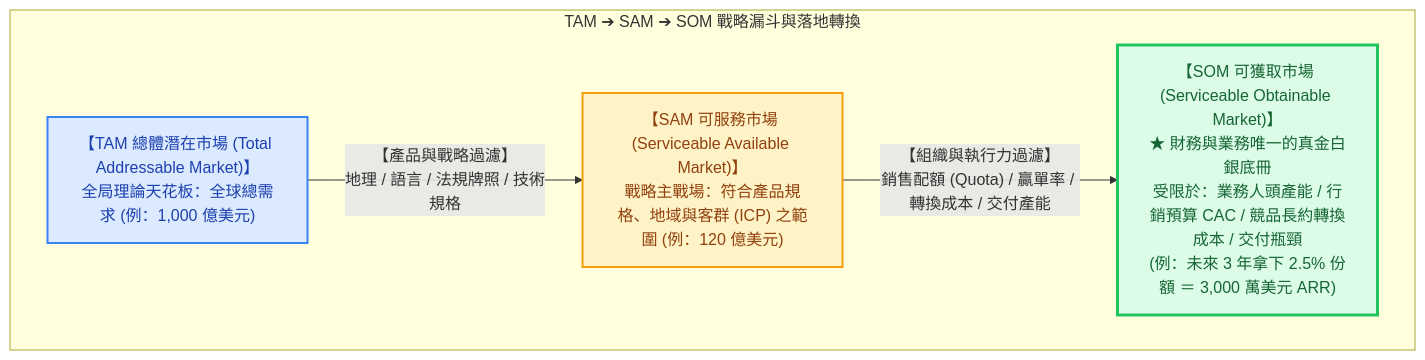
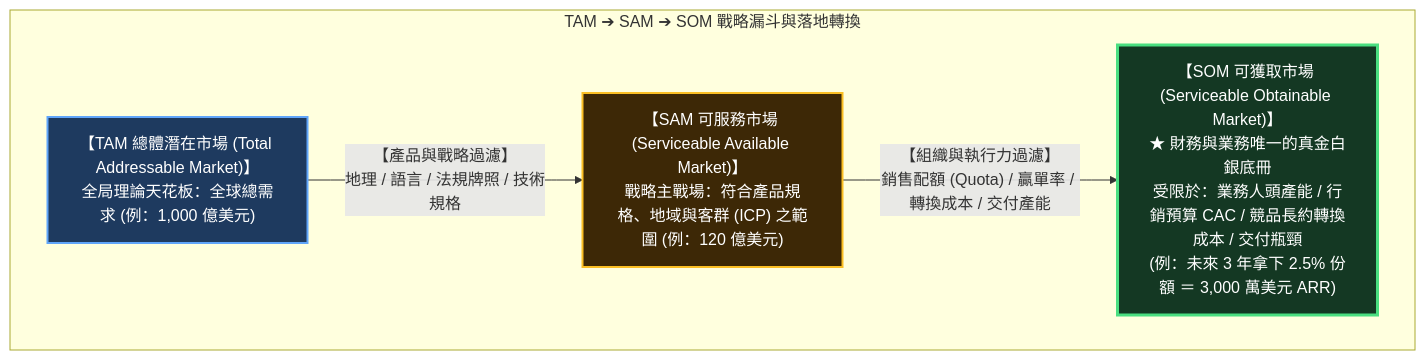
Before and after one commit to Jimlin0428/my-digital-garden: the first of 2 diagrams in src/site/notes/98_商業概念庫/SOM.md, drawn with Mermaid. The commit also changed other lines of this file and 58 other files, not shown here.

````diff
--- a/src/site/notes/98_商業概念庫/SOM.md
+++ b/src/site/notes/98_商業概念庫/SOM.md
@@ -21,17 +21,17 @@
 ```mermaid
 flowchart TD
     subgraph MarketFunnel ["TAM ➔ SAM ➔ SOM 戰略漏斗與落地轉換"]
         TAM["【TAM 總體潛在市場 (Total Addressable Market)】<br>全局理論天花板：全球總需求 (例：1,000 億美元)"]
         
         SAM["【SAM 可服務市場 (Serviceable Available Market)】<br>戰略主戰場：符合產品規格、地域與客群 (ICP) 之範圍 (例：120 億美元)"]
         
         SOM["【SOM 可獲取市場 (Serviceable Obtainable Market)】<br>★ 財務與業務唯一的真金白銀底冊<br>受限於：業務人頭產能 / 行銷預算 CAC / 競品長約轉換成本 / 交付瓶頸<br>(例：未來 3 年拿下 2.5% 份額 ＝ 3,000 萬美元 ARR)"]
     end
 
     TAM -->|"【產品與戰略過濾】<br>地理 / 語言 / 法規牌照 / 技術規格"| SAM
     SAM -->|"【組織與執行力過濾】<br>銷售配額 (Quota) / 贏單率 / 轉換成本 / 交付產能"| SOM
 
-    style TAM fill:#dbeafe,stroke:#3b82f6,stroke-width:2px,color:#1e40af
-    style SAM fill:#fef3c7,stroke:#f59e0b,stroke-width:2px,color:#92400e
-    style SOM fill:#dcfce7,stroke:#22c55e,stroke-width:3px,color:#166534
+    style TAM fill:#1e3a5f,stroke:#60a5fa,stroke-width:2px,color:#ffffff
+    style SAM fill:#3d2806,stroke:#fbbf24,stroke-width:2px,color:#ffffff
+    style SOM fill:#143823,stroke:#4ade80,stroke-width:3px,color:#ffffff
 ```
````
